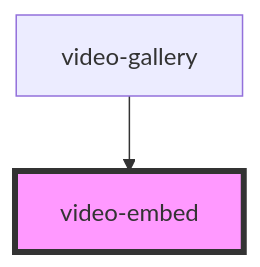
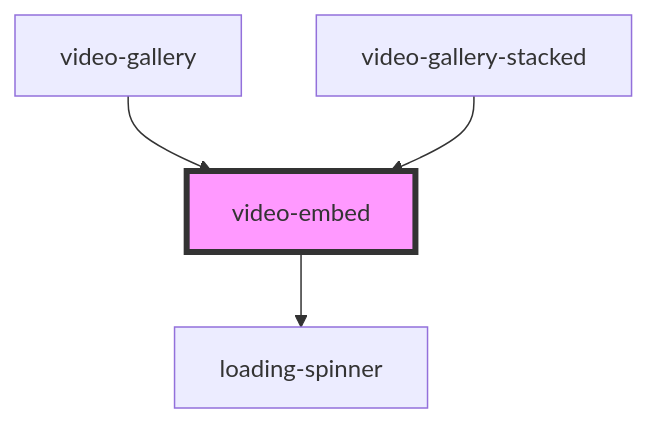
The diagram in src/components/videos/video-embed/readme.md (dev-kylo/component_library), drawn with Mermaid before and after one commit. The commit also changed other lines of this file and 12 other files, not shown here.

Commit message:
create stacked video gallery for news

````diff
--- a/src/components/videos/video-embed/readme.md
+++ b/src/components/videos/video-embed/readme.md
@@ -22,5 +28,7 @@
 ```mermaid
 graph TD;
+  video-embed --> loading-spinner
   video-gallery --> video-embed
+  video-gallery-stacked --> video-embed
   style video-embed fill:#f9f,stroke:#333,stroke-width:4px
 ```
````
